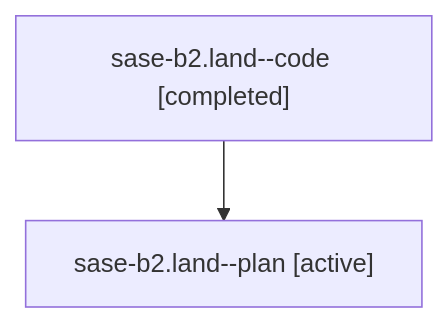
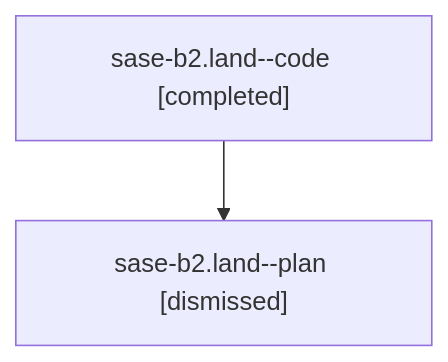
The diagram in sessions/bbugyi200.athena.sase-b2.land.md (sase-org/sase--agents), drawn with Mermaid before and after one commit. The commit also changed other lines of this file and 118 other files, not shown here.

````diff
--- a/sessions/bbugyi200.athena.sase-b2.land.md
+++ b/sessions/bbugyi200.athena.sase-b2.land.md
@@ -9,6 +9,6 @@
 ```mermaid
 flowchart TD
   n0["sase-b2.land--code [completed]"]
-  n1["sase-b2.land--plan [active]"]
+  n1["sase-b2.land--plan [dismissed]"]
   n0 --> n1
 ```
````
